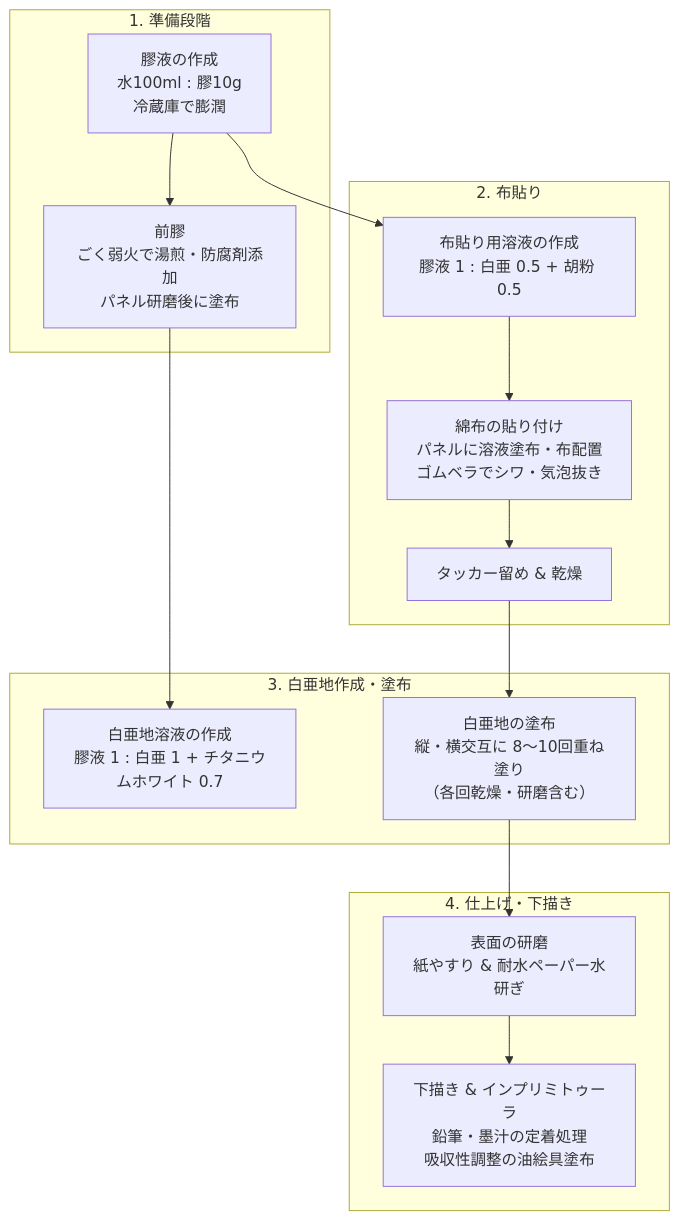
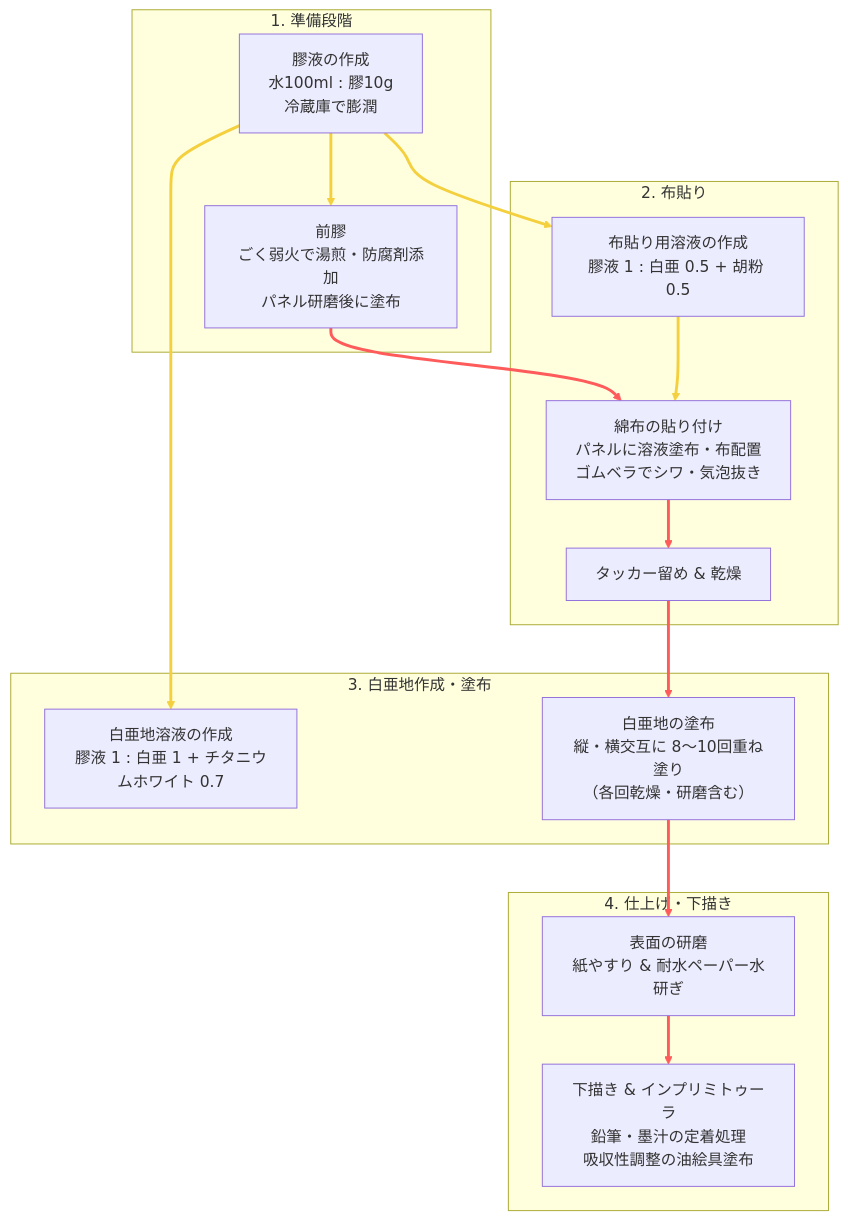
The diagram in contents/art/ChalkGround.md (mizunomidori/painters-wisdom), drawn with Mermaid before and after one commit. The commit also changed other lines of this file, not shown here.

Commit message:
Clarify chalk ground flowchart arrows

````diff
--- a/contents/art/ChalkGround.md
+++ b/contents/art/ChalkGround.md
@@ -14,23 +14,36 @@
 ```mermaid
 flowchart TD
     subgraph preparation["1. 準備段階"]
-        A[膠液の作成<br>水100ml : 膠10g<br>冷蔵庫で膨潤] --> B[前膠<br>ごく弱火で湯煎・防腐剤添加<br>パネル研磨後に塗布]
+        A[膠液の作成<br>水100ml : 膠10g<br>冷蔵庫で膨潤]
+        B[前膠<br>ごく弱火で湯煎・防腐剤添加<br>パネル研磨後に塗布]
     end
 
     subgraph fabric["2. 布貼り"]
-        C[布貼り用溶液の作成<br>膠液 1 : 白亜 0.5 + 胡粉 0.5] --> D[綿布の貼り付け<br>パネルに溶液塗布・布配置<br>ゴムベラでシワ・気泡抜き]
-        D --> E[タッカー留め & 乾燥]
+        C[布貼り用溶液の作成<br>膠液 1 : 白亜 0.5 + 胡粉 0.5]
+        D[綿布の貼り付け<br>パネルに溶液塗布・布配置<br>ゴムベラでシワ・気泡抜き]
+        E[タッカー留め & 乾燥]
     end
 
-    A --> C
-
     subgraph ground["3. 白亜地作成・塗布"]
-        B --> F[白亜地溶液の作成<br>膠液 1 : 白亜 1 + チタニウムホワイト 0.7]
-        E --> G[白亜地の塗布<br>縦・横交互に 8〜10回重ね塗り<br>（各回乾燥・研磨含む）]
+        F[白亜地溶液の作成<br>膠液 1 : 白亜 1 + チタニウムホワイト 0.7]
+        G[白亜地の塗布<br>縦・横交互に 8〜10回重ね塗り<br>（各回乾燥・研磨含む）]
     end
 
     subgraph finishing["4. 仕上げ・下描き"]
-        G --> H[表面の研磨<br>紙やすり & 耐水ペーパー水研ぎ]
-        H --> I[下描き & インプリミトゥーラ<br>鉛筆・墨汁の定着処理<br>吸収性調整の油絵具塗布]
+        H[表面の研磨<br>紙やすり & 耐水ペーパー水研ぎ]
+        I[下描き & インプリミトゥーラ<br>鉛筆・墨汁の定着処理<br>吸収性調整の油絵具塗布]
     end
+
+    A --> B
+    A --> C
+    A --> F
+    C --> D
+    B --> D
+    D --> E
+    E --> G
+    G --> H
+    H --> I
+
+    linkStyle 0,1,2,3 stroke:#f4d03f,stroke-width:3px
+    linkStyle 4,5,6,7,8 stroke:#ff5b5b,stroke-width:3px
 ```
````
